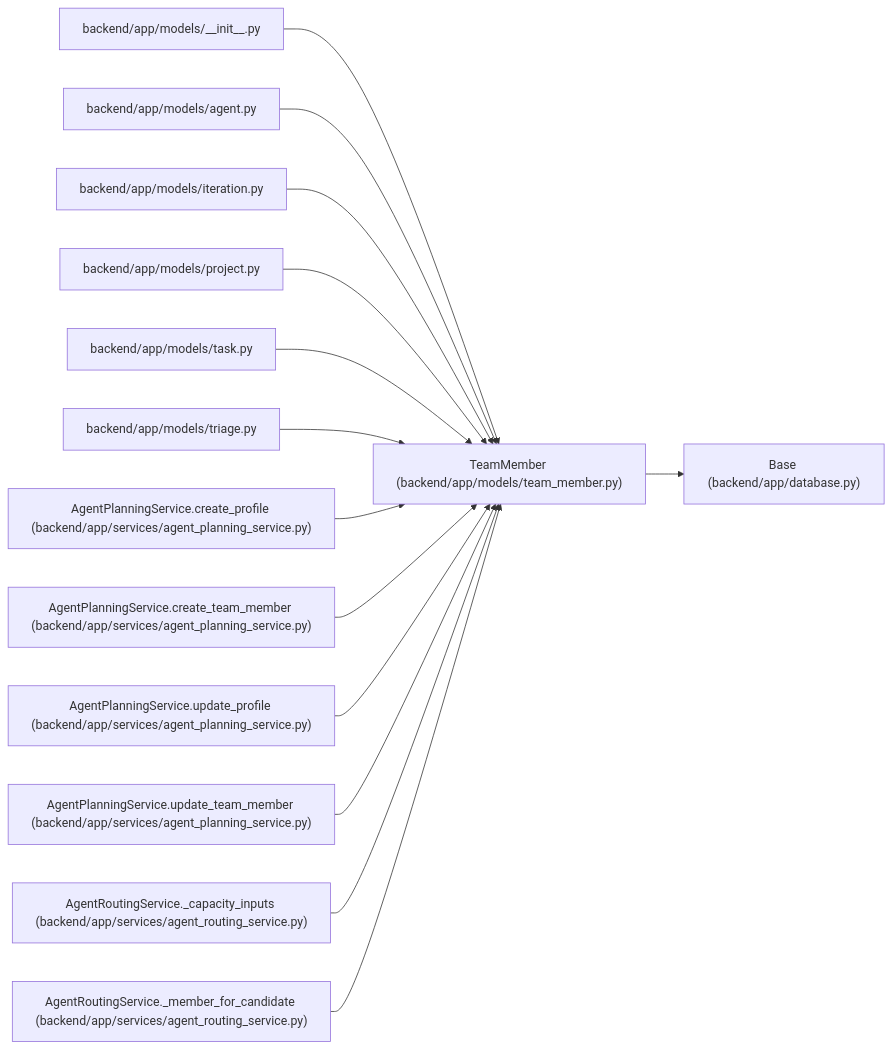
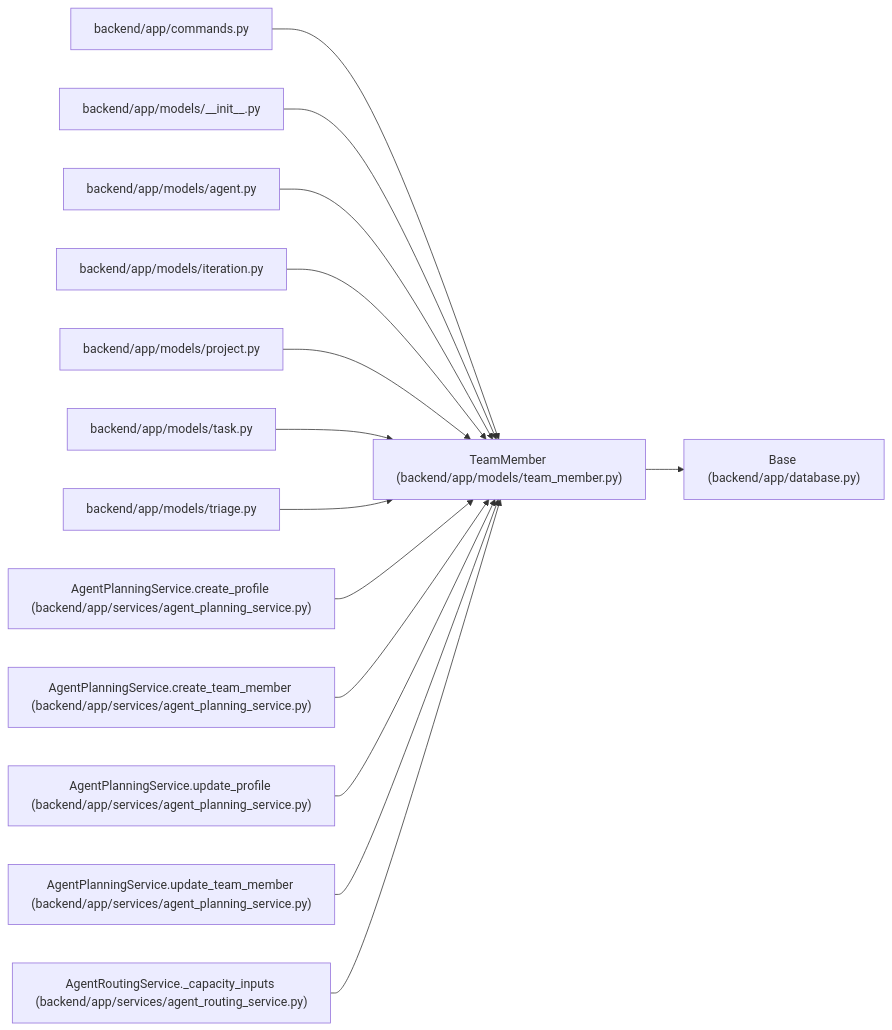
One commit to Denissvgn/WorkChord changed the diagram in docs/llm_wiki/entities/team_member_TeamMember.md. Above: the diagram before and after it, drawn with Mermaid. The commit also changed other lines of this file and 958 other files, not shown here.

First line of the commit message:
docs(wiki): refresh identity and recovery architecture

````diff
--- a/docs/llm_wiki/entities/team_member_TeamMember.md
+++ b/docs/llm_wiki/entities/team_member_TeamMember.md
@@ -41,44 +41,44 @@
 ```mermaid
 flowchart LR
     n0["TeamMember (backend/app/models/team_member.py)"]
     n1["Base (backend/app/database.py)"]
-    n2["backend/app/models/__init__.py"]
-    n3["backend/app/models/agent.py"]
-    n4["backend/app/models/iteration.py"]
-    n5["backend/app/models/project.py"]
-    n6["backend/app/models/task.py"]
-    n7["backend/app/models/triage.py"]
-    n8["AgentPlanningService.create_profile (backend/app/services/agent_planning_service.py)"]
-    n9["AgentPlanningService.create_team_member (backend/app/services/agent_planning_service.py)"]
-    n10["AgentPlanningService.update_profile (backend/app/services/agent_planning_service.py)"]
-    n11["AgentPlanningService.update_team_member (backend/app/services/agent_planning_service.py)"]
-    n12["AgentRoutingService._capacity_inputs (backend/app/services/agent_routing_service.py)"]
-    n13["AgentRoutingService._member_for_candidate (backend/app/services/agent_routing_service.py)"]
+    n2["backend/app/commands.py"]
+    n3["backend/app/models/__init__.py"]
+    n4["backend/app/models/agent.py"]
+    n5["backend/app/models/iteration.py"]
+    n6["backend/app/models/project.py"]
+    n7["backend/app/models/task.py"]
+    n8["backend/app/models/triage.py"]
+    n9["AgentPlanningService.create_profile (backend/app/services/agent_planning_service.py)"]
+    n10["AgentPlanningService.create_team_member (backend/app/services/agent_planning_service.py)"]
+    n11["AgentPlanningService.update_profile (backend/app/services/agent_planning_service.py)"]
+    n12["AgentPlanningService.update_team_member (backend/app/services/agent_planning_service.py)"]
+    n13["AgentRoutingService._capacity_inputs (backend/app/services/agent_routing_service.py)"]
     n0 --> n1
     n2 --> n0
     n3 --> n0
     n4 --> n0
     n5 --> n0
     n6 --> n0
     n7 --> n0
     n8 --> n0
     n9 --> n0
     n10 --> n0
     n11 --> n0
     n12 --> n0
     n13 --> n0
     click n0 "../modules/team_member.md"
     click n1 "../modules/app_database.md"
-    click n2 "../modules/models___init__.md"
-    click n3 "../modules/models_agent.md"
-    click n4 "../modules/models_iteration.md"
-    click n5 "../modules/models_project.md"
-    click n6 "../modules/models_task.md"
-    click n7 "../modules/models_triage.md"
-    click n8 "../modules/agent_planning_service.md"
+    click n2 "../modules/commands.md"
+    click n3 "../modules/models___init__.md"
+    click n4 "../modules/models_agent.md"
+    click n5 "../modules/models_iteration.md"
+    click n6 "../modules/models_project.md"
+    click n7 "../modules/models_task.md"
+    click n8 "../modules/models_triage.md"
     click n9 "../modules/agent_planning_service.md"
     click n10 "../modules/agent_planning_service.md"
     click n11 "../modules/agent_planning_service.md"
-    click n12 "../modules/agent_routing_service.md"
+    click n12 "../modules/agent_planning_service.md"
     click n13 "../modules/agent_routing_service.md"
 ```
````
